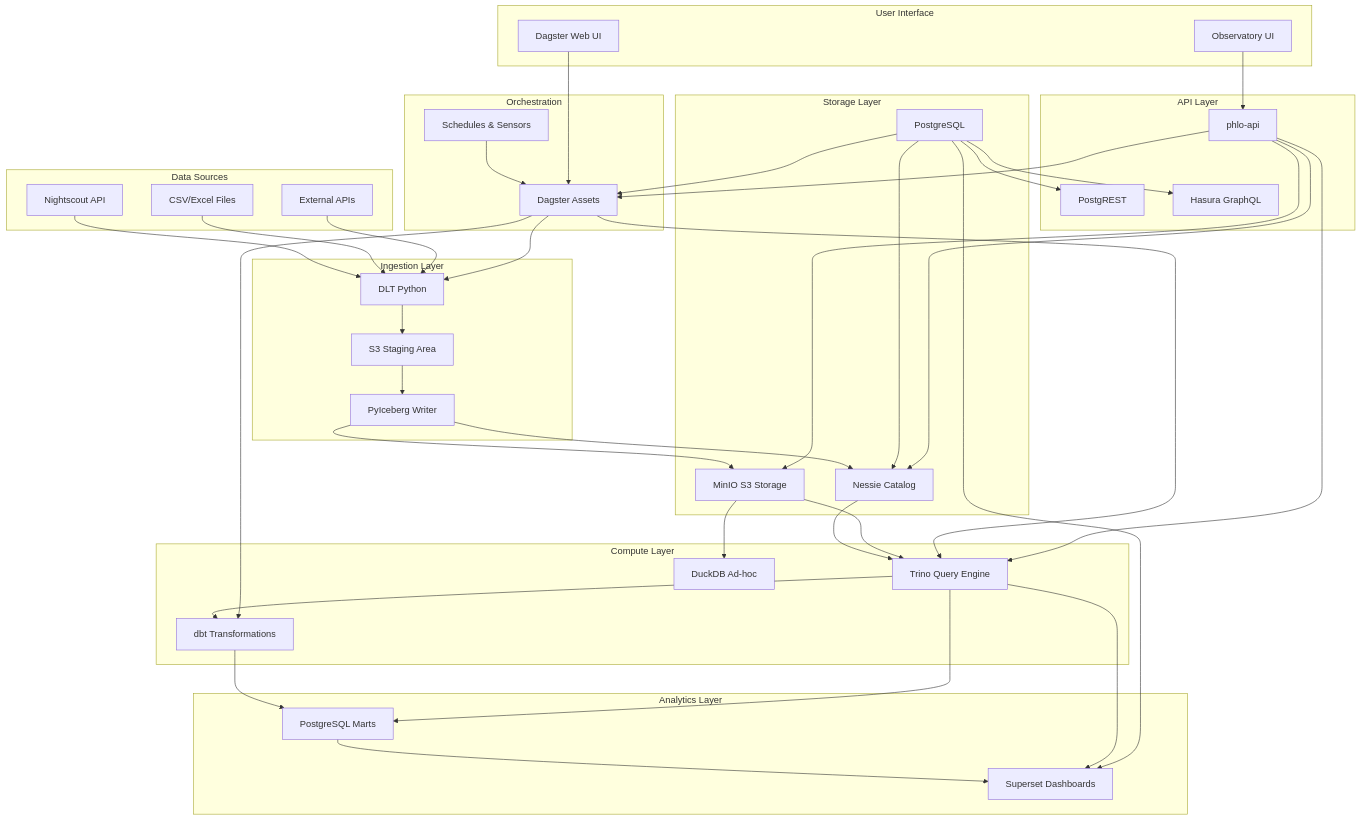
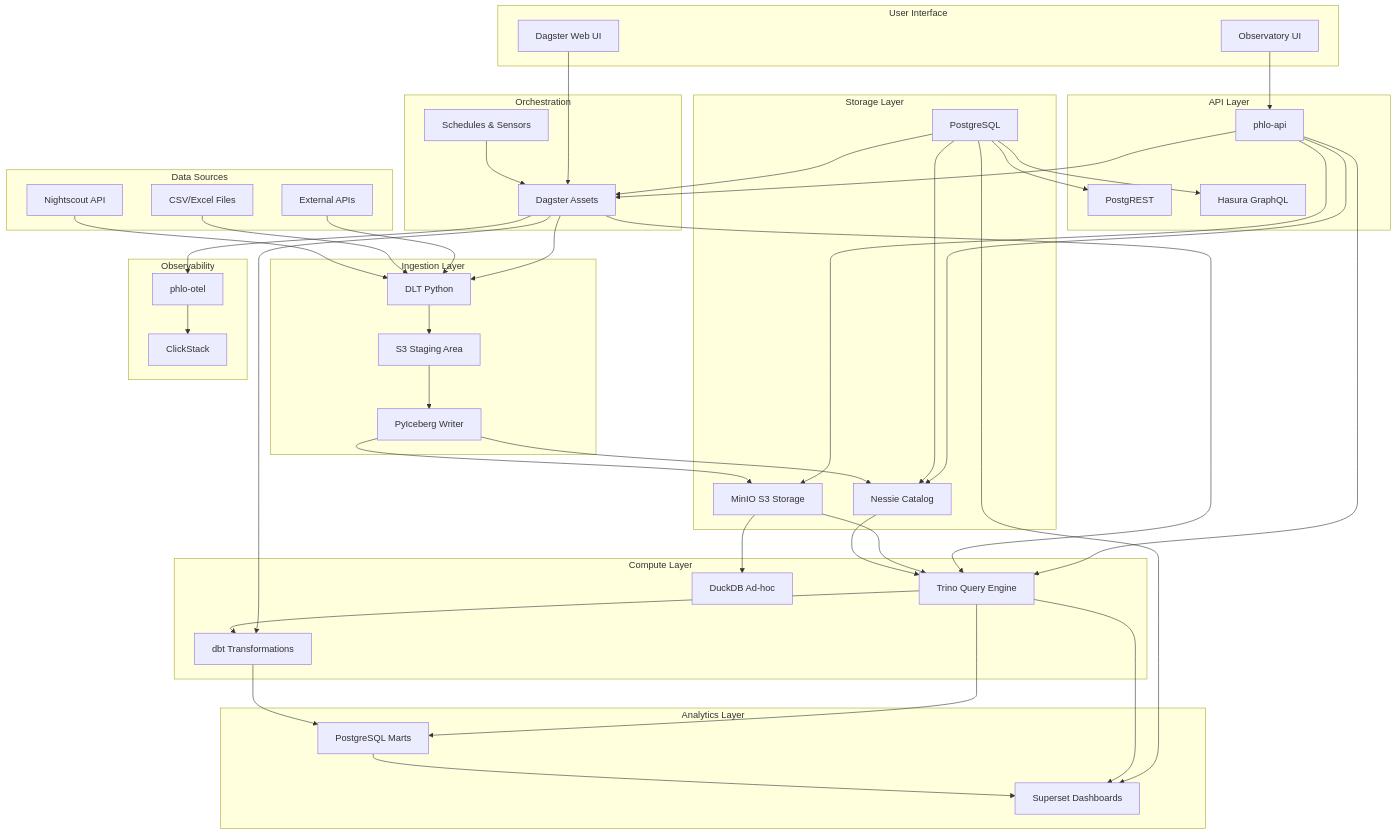
The diagram in docs/reference/architecture.md (iamgp/phlo), drawn with Mermaid before and after one commit. The commit also changed other lines of this file and 9 other files, not shown here.

```diff
--- a/docs/reference/architecture.md
+++ b/docs/reference/architecture.md
@@ -78,6 +78,11 @@
         SCHEDULES[Schedules & Sensors]
     end
 
+    subgraph "Observability"
+        OTEL[phlo-otel]
+        CLICKSTACK[ClickStack]
+    end
+
     subgraph "Analytics Layer"
         MARTS[PostgreSQL Marts]
         SUPERSET[Superset Dashboards]
@@ -101,6 +106,9 @@
     DAGSTER --> TRINO
     SCHEDULES --> DAGSTER
 
+    DAGSTER --> OTEL
+    OTEL --> CLICKSTACK
+
     DBT --> MARTS
     TRINO --> MARTS
     MARTS --> SUPERSET
```
